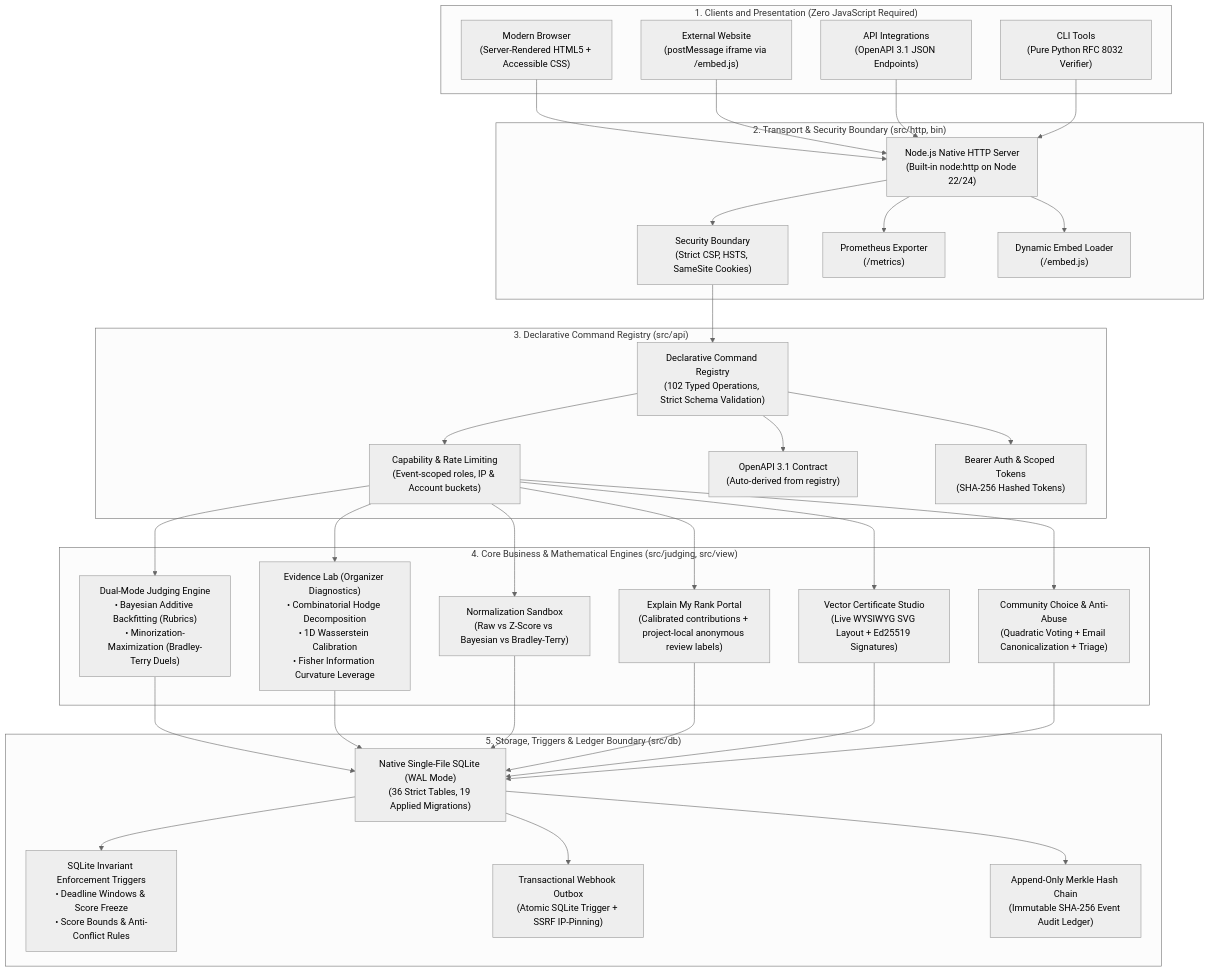
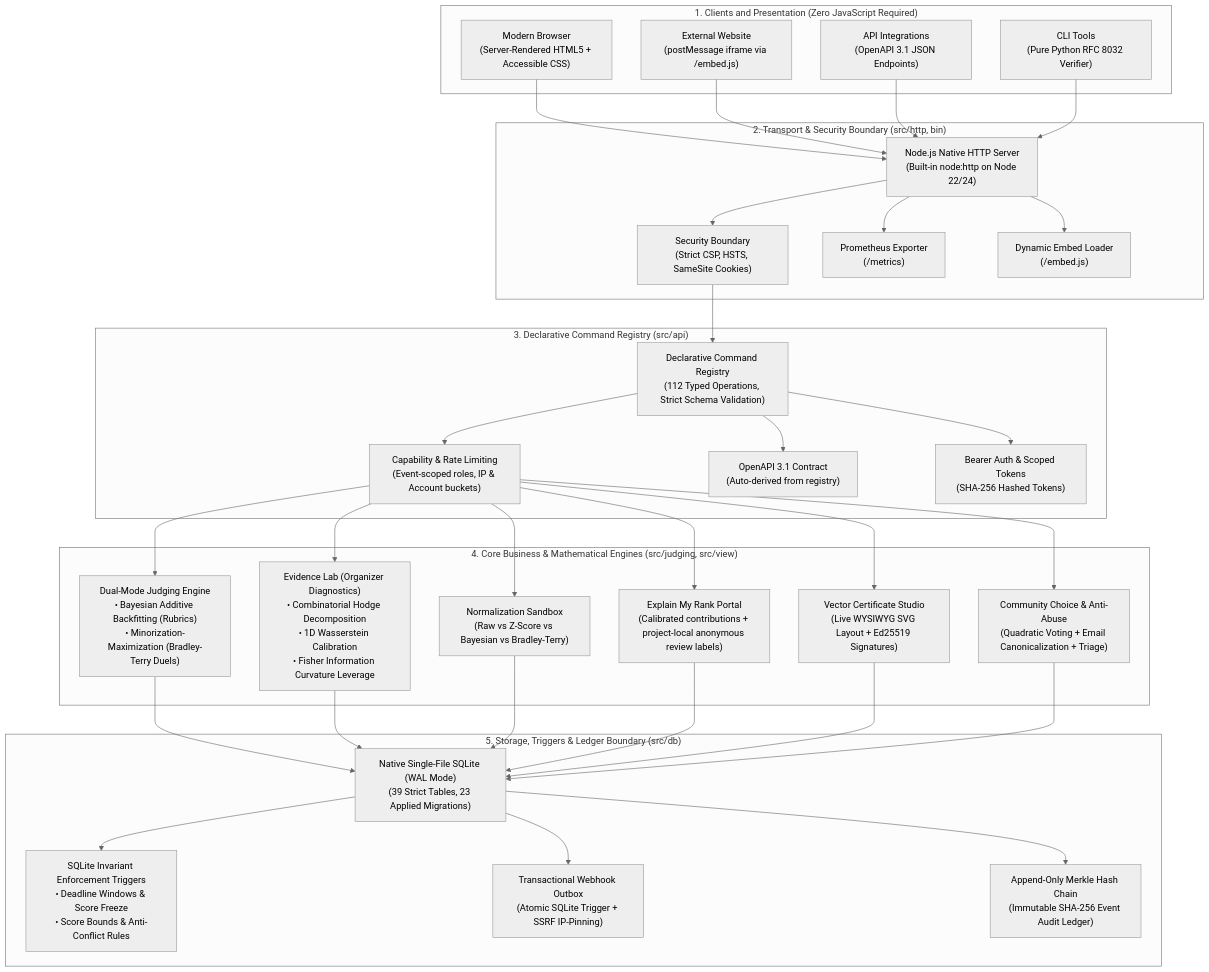
The diagram in README.md (ewwhardik/manak), drawn with Mermaid (neutral theme) before and after one commit. The commit also changed other lines of this file and 57 other files, not shown here.

````diff
--- a/README.md
+++ b/README.md
@@ -117,71 +154,71 @@
 ```mermaid
 flowchart TD
   subgraph Clients["1. Clients and Presentation (Zero JavaScript Required)"]
     Browser["Modern Browser<br/>(Server-Rendered HTML5 + Accessible CSS)"]
     EmbedHost["External Website<br/>(postMessage iframe via /embed.js)"]
     APIClient["API Integrations<br/>(OpenAPI 3.1 JSON Endpoints)"]
     CLI["CLI Tools<br/>(Pure Python RFC 8032 Verifier)"]
   end
 
   subgraph Transport["2. Transport & Security Boundary (src/http, bin)"]
     NodeHTTP["Node.js Native HTTP Server<br/>(Built-in node:http on Node 22/24)"]
     CSPHeaders["Security Boundary<br/>(Strict CSP, HSTS, SameSite Cookies)"]
     PromExporter["Prometheus Exporter<br/>(/metrics)"]
     EmbedLoader["Dynamic Embed Loader<br/>(/embed.js)"]
   end
 
   subgraph APILayer["3. Declarative Command Registry (src/api)"]
-    CommandRegistry["Declarative Command Registry<br/>(102 Typed Operations, Strict Schema Validation)"]
+    CommandRegistry["Declarative Command Registry<br/>(112 Typed Operations, Strict Schema Validation)"]
     AccessGate["Capability & Rate Limiting<br/>(Event-scoped roles, IP & Account buckets)"]
     OpenAPIGen["OpenAPI 3.1 Contract<br/>(Auto-derived from registry)"]
     TokenAuth["Bearer Auth & Scoped Tokens<br/>(SHA-256 Hashed Tokens)"]
   end
 
   subgraph Engines["4. Core Business & Mathematical Engines (src/judging, src/view)"]
     DualJudging["Dual-Mode Judging Engine<br/>• Bayesian Additive Backfitting (Rubrics)<br/>• Minorization-Maximization (Bradley-Terry Duels)"]
     EvidenceLab["Evidence Lab (Organizer Diagnostics)<br/>• Combinatorial Hodge Decomposition<br/>• 1D Wasserstein Calibration<br/>• Fisher Information Curvature Leverage"]
     Sandbox["Normalization Sandbox<br/>(Raw vs Z-Score vs Bayesian vs Bradley-Terry)"]
     ExplainRank["Explain My Rank Portal<br/>(Calibrated contributions + project-local anonymous review labels)"]
     CertStudio["Vector Certificate Studio<br/>(Live WYSIWYG SVG Layout + Ed25519 Signatures)"]
     AntiAbuse["Community Choice & Anti-Abuse<br/>(Quadratic Voting + Email Canonicalization + Triage)"]
   end
 
   subgraph Persistence["5. Storage, Triggers & Ledger Boundary (src/db)"]
-    SQLiteDB["Native Single-File SQLite (WAL Mode)<br/>(36 Strict Tables, 19 Applied Migrations)"]
+    SQLiteDB["Native Single-File SQLite (WAL Mode)<br/>(39 Strict Tables, 23 Applied Migrations)"]
     InvariantTriggers["SQLite Invariant Enforcement Triggers<br/>• Deadline Windows & Score Freeze<br/>• Score Bounds & Anti-Conflict Rules"]
     OutboxQueue["Transactional Webhook Outbox<br/>(Atomic SQLite Trigger + SSRF IP-Pinning)"]
     LedgerChain["Append-Only Merkle Hash Chain<br/>(Immutable SHA-256 Event Audit Ledger)"]
   end
 
   Browser --> NodeHTTP
   EmbedHost --> NodeHTTP
   APIClient --> NodeHTTP
   CLI --> NodeHTTP
 
   NodeHTTP --> CSPHeaders
   NodeHTTP --> PromExporter
   NodeHTTP --> EmbedLoader
   CSPHeaders --> CommandRegistry
 
   CommandRegistry --> AccessGate
   CommandRegistry --> TokenAuth
   CommandRegistry --> OpenAPIGen
 
   AccessGate --> DualJudging
   AccessGate --> EvidenceLab
   AccessGate --> Sandbox
   AccessGate --> ExplainRank
   AccessGate --> CertStudio
   AccessGate --> AntiAbuse
 
   DualJudging --> SQLiteDB
   EvidenceLab --> SQLiteDB
   Sandbox --> SQLiteDB
   ExplainRank --> SQLiteDB
   CertStudio --> SQLiteDB
   AntiAbuse --> SQLiteDB
 
   SQLiteDB --> InvariantTriggers
   SQLiteDB --> OutboxQueue
   SQLiteDB --> LedgerChain
 ```
````
